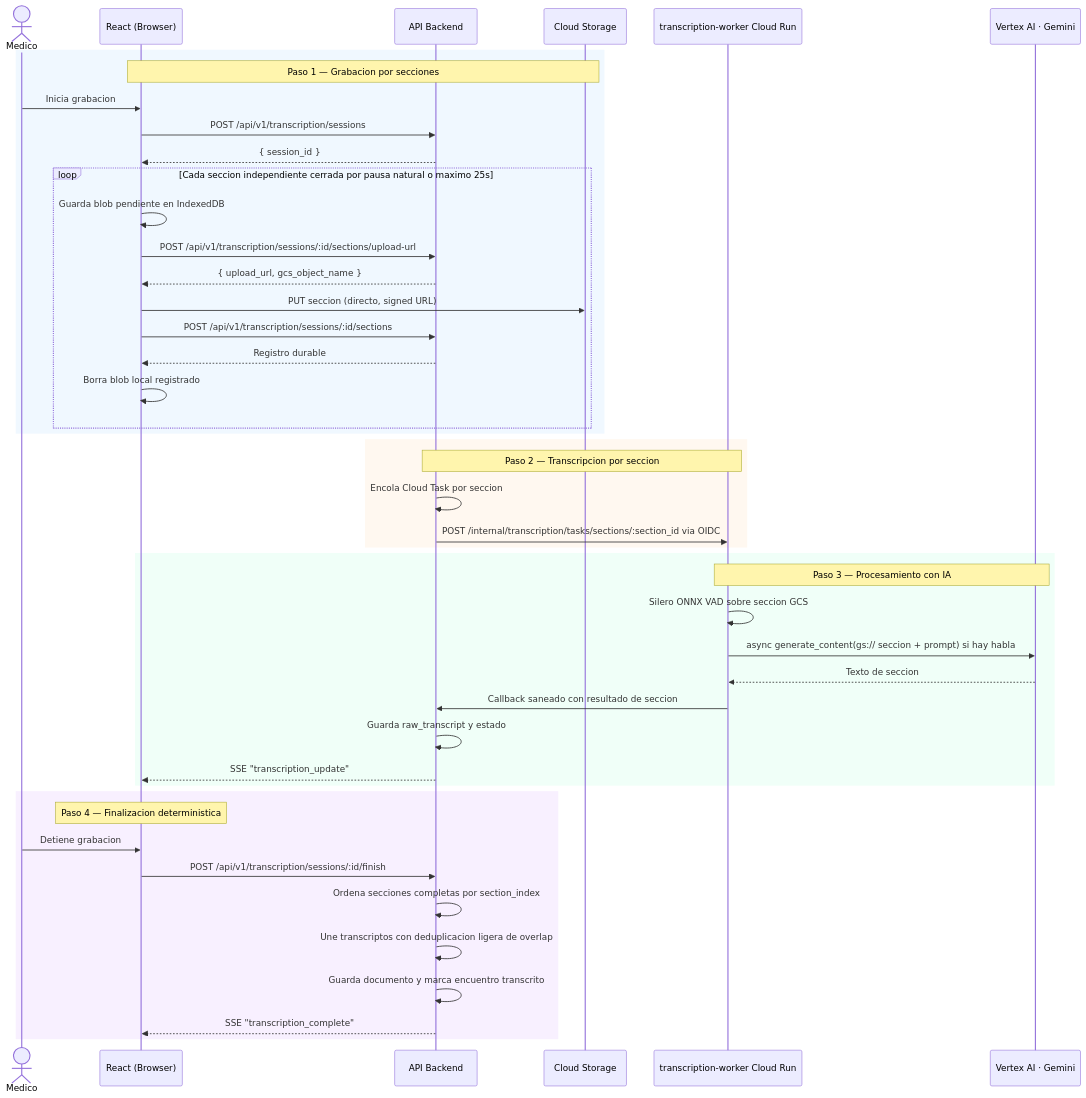
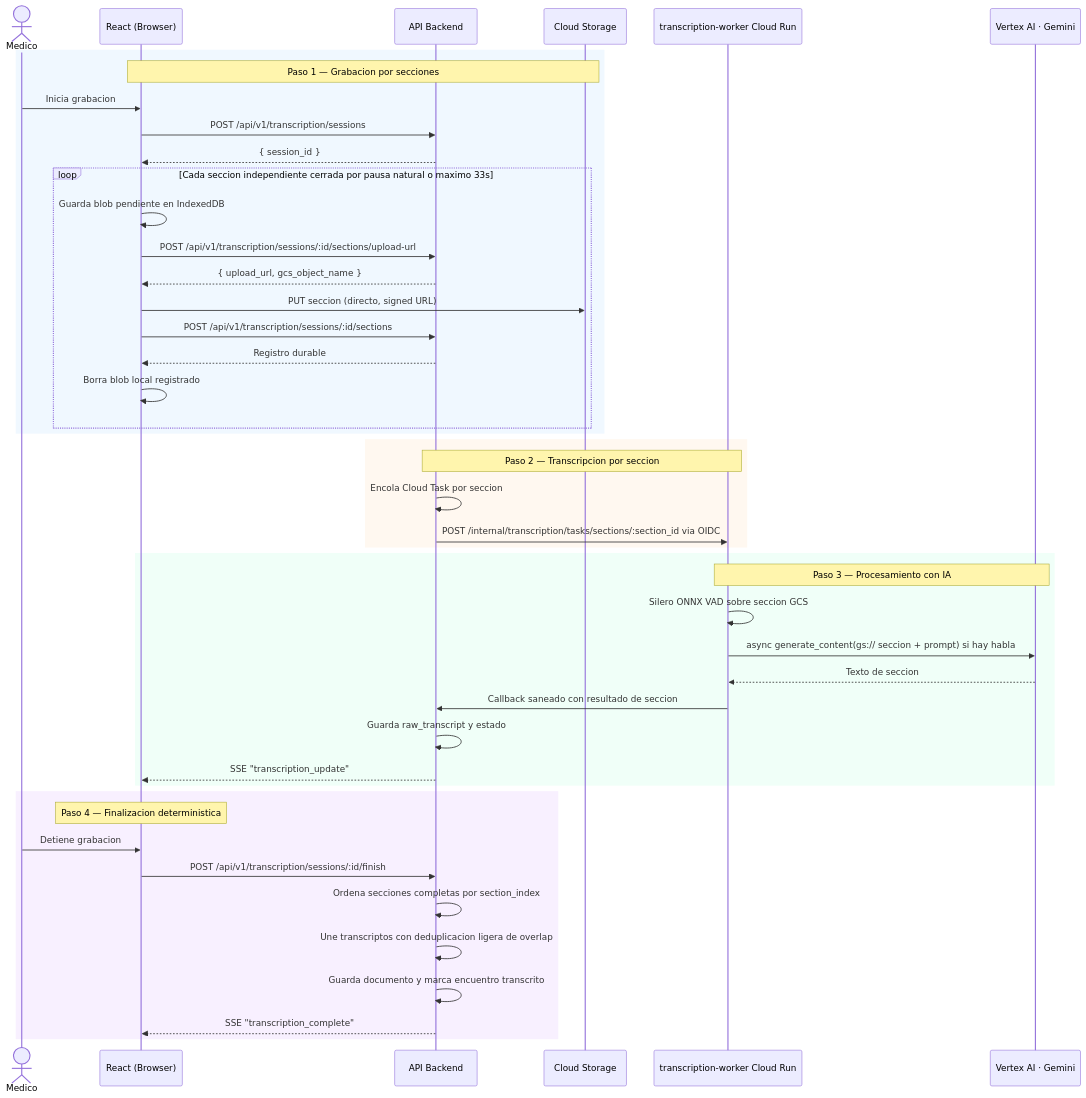
The second of 3 diagrams in docs/architecture/system-overview.md (Jmoreno844/medical-ai-webapp), drawn with Mermaid before and after one commit. The commit also changed other lines of this file and 97 other files, not shown here.

````diff
--- a/docs/architecture/system-overview.md
+++ b/docs/architecture/system-overview.md
@@ -62,51 +62,51 @@
 ```mermaid
 sequenceDiagram
     actor Medico
     participant Browser as React (Browser)
     participant Backend as API Backend
     participant GCS as Cloud Storage
     participant Worker as transcription-worker Cloud Run
     participant Gemini as Vertex AI · Gemini
 
     rect rgb(240, 248, 255)
         note over Browser,GCS: Paso 1 — Grabacion por secciones
         Medico->>Browser: Inicia grabacion
         Browser->>Backend: POST /api/v1/transcription/sessions
         Backend-->>Browser: { session_id }
-        loop Cada seccion independiente cerrada por pausa natural o maximo 25s
+        loop Cada seccion independiente cerrada por pausa natural o maximo 33s
             Browser->>Browser: Guarda blob pendiente en IndexedDB
             Browser->>Backend: POST /api/v1/transcription/sessions/:id/sections/upload-url
             Backend-->>Browser: { upload_url, gcs_object_name }
             Browser->>GCS: PUT seccion (directo, signed URL)
             Browser->>Backend: POST /api/v1/transcription/sessions/:id/sections
             Backend-->>Browser: Registro durable
             Browser->>Browser: Borra blob local registrado
         end
     end
 
     rect rgb(255, 248, 240)
         note over Backend,Worker: Paso 2 — Transcripcion por seccion
         Backend->>Backend: Encola Cloud Task por seccion
         Backend->>Worker: POST /internal/transcription/tasks/sections/:section_id via OIDC
     end
 
     rect rgb(240, 255, 248)
         note over Worker,Gemini: Paso 3 — Procesamiento con IA
         Worker->>Worker: Silero ONNX VAD sobre seccion GCS
         Worker->>Gemini: async generate_content(gs:// seccion + prompt) si hay habla
         Gemini-->>Worker: Texto de seccion
         Worker->>Backend: Callback saneado con resultado de seccion
         Backend->>Backend: Guarda raw_transcript y estado
         Backend-->>Browser: SSE "transcription_update"
     end
 
     rect rgb(248, 240, 255)
         note over Browser,Browser: Paso 4 — Finalizacion deterministica
         Medico->>Browser: Detiene grabacion
         Browser->>Backend: POST /api/v1/transcription/sessions/:id/finish
         Backend->>Backend: Ordena secciones completas por section_index
         Backend->>Backend: Une transcriptos con deduplicacion ligera de overlap
         Backend->>Backend: Guarda documento y marca encuentro transcrito
         Backend-->>Browser: SSE "transcription_complete"
     end
 ```
````
